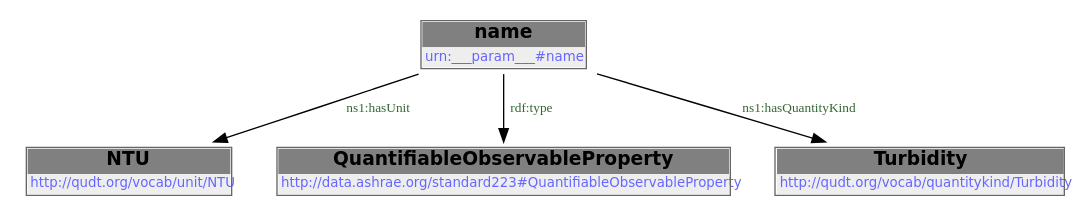
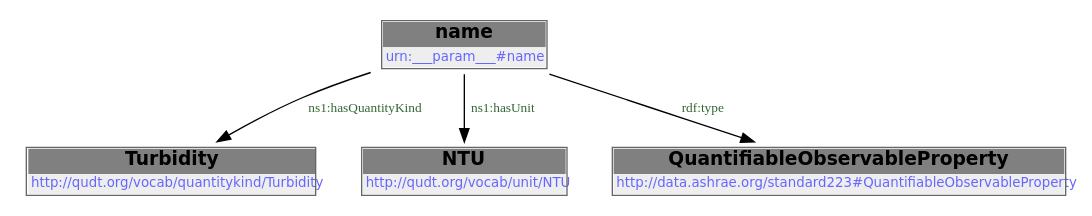
One commit to DataDrivenCPS/water-ontology changed the second of 2 diagrams in docs/libraries/templates/turbidity.rst. Above: the diagram before and after it, drawn with Graphviz. The commit also changed other lines of this file and 33 other files, not shown here.

```diff
--- a/docs/libraries/templates/turbidity.rst
+++ b/docs/libraries/templates/turbidity.rst
@@ -75,12 +75,12 @@
         .. graphviz::
 
                 digraph G {
             node [fontname="DejaVu Sans"];
-            node0 -> node1 [color=BLACK, label=< <font point-size='10' color='#336633'>ns1:hasUnit</font> >];
-            node0 -> node2 [color=BLACK, label=< <font point-size='10' color='#336633'>rdf:type</font> >];
-            node0 -> node3 [color=BLACK, label=< <font point-size='10' color='#336633'>ns1:hasQuantityKind</font> >];
+            node0 -> node1 [color=BLACK, label=< <font point-size='10' color='#336633'>ns1:hasQuantityKind</font> >];
+            node0 -> node2 [color=BLACK, label=< <font point-size='10' color='#336633'>ns1:hasUnit</font> >];
+            node0 -> node3 [color=BLACK, label=< <font point-size='10' color='#336633'>rdf:type</font> >];
             node0 [shape=none, color=black, label=< <table color='#666666' cellborder='0' cellspacing='0' border='1'><tr><td colspan='2' bgcolor='grey'><B>name</B></td></tr><tr><td href='urn:___param___#name' bgcolor='#eeeeee' colspan='2'><font point-size='10' color='#6666ff'>urn:___param___#name</font></td></tr></table> >];
-            node1 [shape=none, color=black, label=< <table color='#666666' cellborder='0' cellspacing='0' border='1'><tr><td colspan='2' bgcolor='grey'><B>NTU</B></td></tr><tr><td href='http://qudt.org/vocab/unit/NTU' bgcolor='#eeeeee' colspan='2'><font point-size='10' color='#6666ff'>http://qudt.org/vocab/unit/NTU</font></td></tr></table> >];
-            node2 [shape=none, color=black, label=< <table color='#666666' cellborder='0' cellspacing='0' border='1'><tr><td colspan='2' bgcolor='grey'><B>QuantifiableObservableProperty</B></td></tr><tr><td href='http://data.ashrae.org/standard223#QuantifiableObservableProperty' bgcolor='#eeeeee' colspan='2'><font point-size='10' color='#6666ff'>http://data.ashrae.org/standard223#QuantifiableObservableProperty</font></td></tr></table> >];
-            node3 [shape=none, color=black, label=< <table color='#666666' cellborder='0' cellspacing='0' border='1'><tr><td colspan='2' bgcolor='grey'><B>Turbidity</B></td></tr><tr><td href='http://qudt.org/vocab/quantitykind/Turbidity' bgcolor='#eeeeee' colspan='2'><font point-size='10' color='#6666ff'>http://qudt.org/vocab/quantitykind/Turbidity</font></td></tr></table> >];
+            node1 [shape=none, color=black, label=< <table color='#666666' cellborder='0' cellspacing='0' border='1'><tr><td colspan='2' bgcolor='grey'><B>Turbidity</B></td></tr><tr><td href='http://qudt.org/vocab/quantitykind/Turbidity' bgcolor='#eeeeee' colspan='2'><font point-size='10' color='#6666ff'>http://qudt.org/vocab/quantitykind/Turbidity</font></td></tr></table> >];
+            node2 [shape=none, color=black, label=< <table color='#666666' cellborder='0' cellspacing='0' border='1'><tr><td colspan='2' bgcolor='grey'><B>NTU</B></td></tr><tr><td href='http://qudt.org/vocab/unit/NTU' bgcolor='#eeeeee' colspan='2'><font point-size='10' color='#6666ff'>http://qudt.org/vocab/unit/NTU</font></td></tr></table> >];
+            node3 [shape=none, color=black, label=< <table color='#666666' cellborder='0' cellspacing='0' border='1'><tr><td colspan='2' bgcolor='grey'><B>QuantifiableObservableProperty</B></td></tr><tr><td href='http://data.ashrae.org/standard223#QuantifiableObservableProperty' bgcolor='#eeeeee' colspan='2'><font point-size='10' color='#6666ff'>http://data.ashrae.org/standard223#QuantifiableObservableProperty</font></td></tr></table> >];
             }
```
